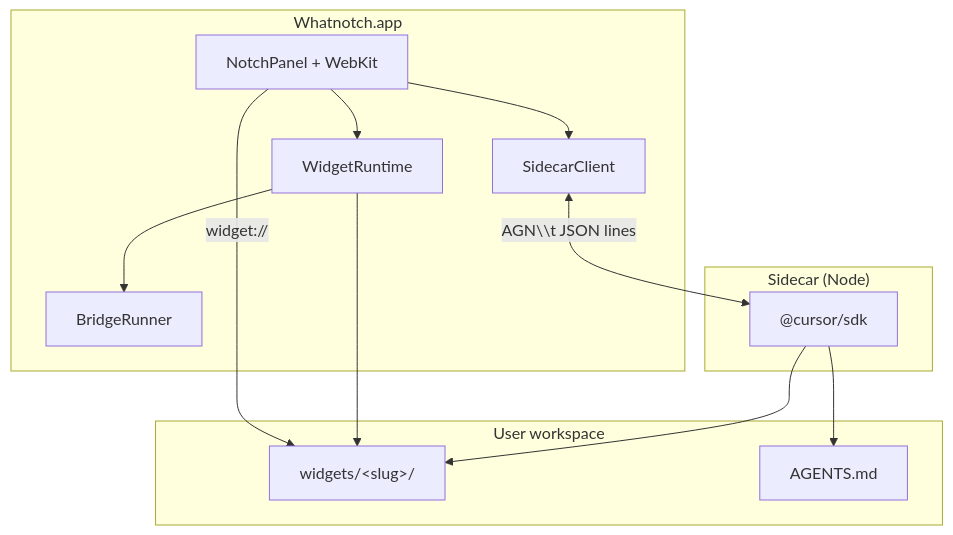
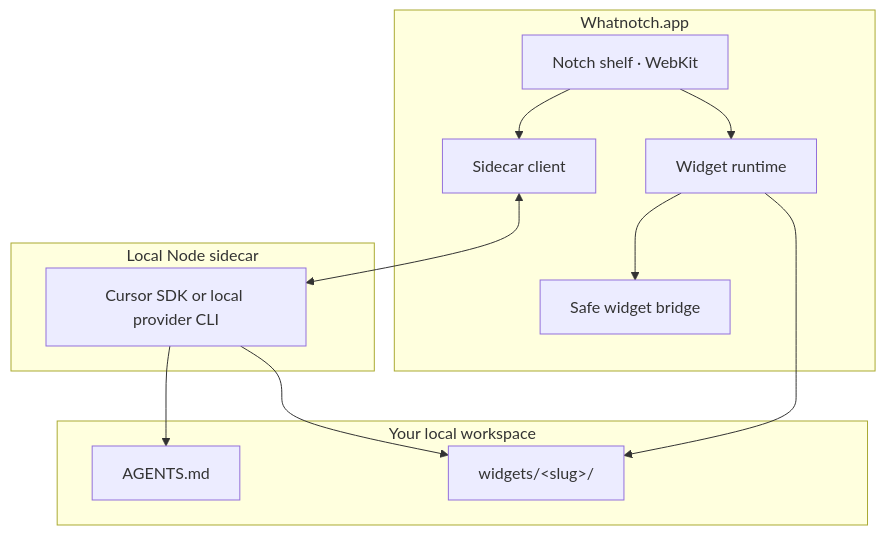
Before and after one commit to madeinusmate/whatnotch: the diagram in README.md, drawn with Mermaid. The commit also changed other lines of this file, not shown here.

````diff
--- a/README.md
+++ b/README.md
@@ -67,23 +102,22 @@
 ```mermaid
 flowchart TB
-  subgraph macOS["Whatnotch.app"]
-    NP[NotchPanel + WebKit]
-    WR[WidgetRuntime]
-    BR[BridgeRunner]
-    NP --> WR
-    WR --> BR
-    NP --> SC[SidecarClient]
+  subgraph app["Whatnotch.app"]
+    shelf["Notch shelf · WebKit"]
+    runtime["Widget runtime"]
+    bridge["Safe widget bridge"]
+    client["Sidecar client"]
+    shelf --> runtime --> bridge
+    shelf --> client
   end
-  subgraph node["Sidecar (Node)"]
-    SDK["@cursor/sdk"]
-    SC <-->|"AGN\\t JSON lines"| SDK
+  subgraph sidecar["Local Node sidecar"]
+    agent["Cursor SDK or local provider CLI"]
   end
-  subgraph disk["User workspace"]
-    W["widgets/&lt;slug&gt;/"]
-    AG[AGENTS.md]
+  subgraph workspace["Your local workspace"]
+    guide["AGENTS.md"]
+    widgets["widgets/&lt;slug&gt;/"]
   end
-  SDK --> AG
-  SDK --> W
-  WR --> W
-  NP -->|"widget://"| W
+  client <--> agent
+  agent --> guide
+  agent --> widgets
+  runtime --> widgets
 ```
````
